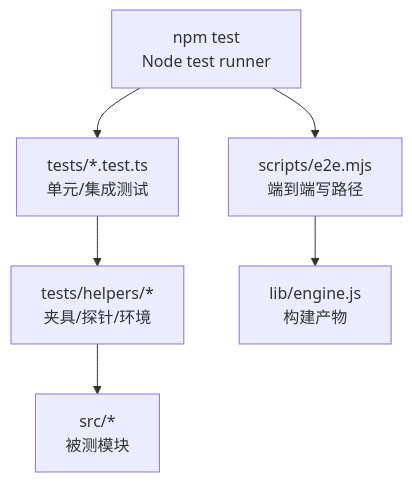
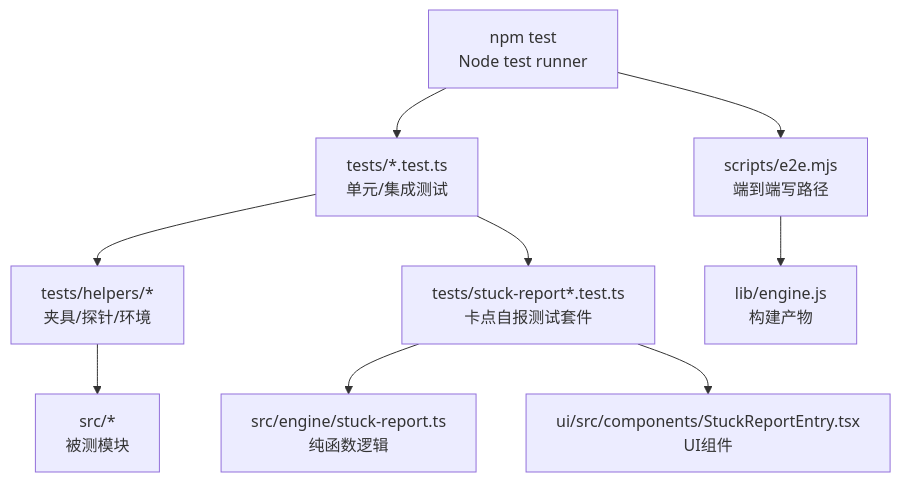
One commit to maozhijie/learnhub-plugin changed the first of 8 diagrams in .qoder/repowiki/zh/content/测试策略/测试策略.md. Above: the diagram before and after it, drawn with Mermaid. The commit also changed other lines of this file and 8 other files, not shown here.

````diff
--- a/.qoder/repowiki/zh/content/测试策略/测试策略.md
+++ b/.qoder/repowiki/zh/content/测试策略/测试策略.md
@@ -36,8 +50,11 @@
 ```mermaid
 graph TB
 A["npm test<br/>Node test runner"] --> B["tests/*.test.ts<br/>单元/集成测试"]
 A --> C["scripts/e2e.mjs<br/>端到端写路径"]
 B --> D["tests/helpers/*<br/>夹具/探针/环境"]
 C --> E["lib/engine.js<br/>构建产物"]
 D --> F["src/*<br/>被测模块"]
+B --> G["tests/stuck-report*.test.ts<br/>卡点自报测试套件"]
+G --> H["src/engine/stuck-report.ts<br/>纯函数逻辑"]
+G --> I["ui/src/components/StuckReportEntry.tsx<br/>UI组件"]
 ```
````
